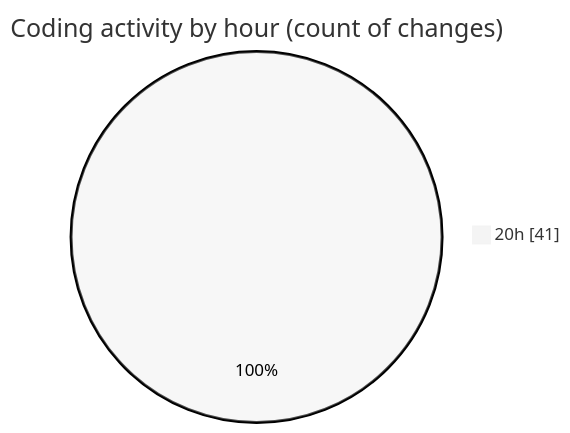
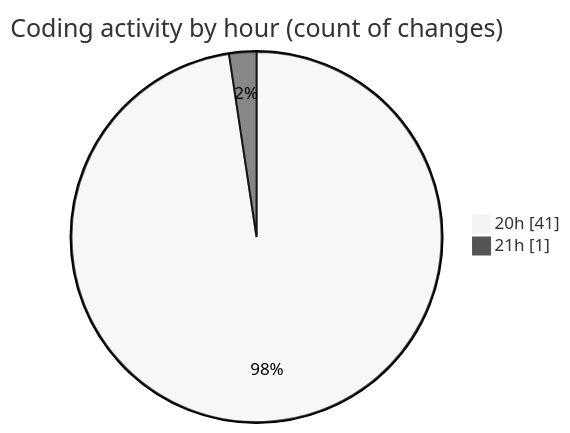
The second of 2 diagrams in 2025-08-23/_claude/README.md (EIIisD/code-tracking), drawn with Mermaid (neutral theme) before and after one commit. The commit also changed other lines of this file and 1 other file, not shown here.

````diff
--- a/2025-08-23/_claude/README.md
+++ b/2025-08-23/_claude/README.md
@@ -32,5 +34,6 @@
 ```mermaid
 pie showData
 title Coding activity by hour (count of changes)
 "20h" : 41
+"21h" : 1
 ```
````
